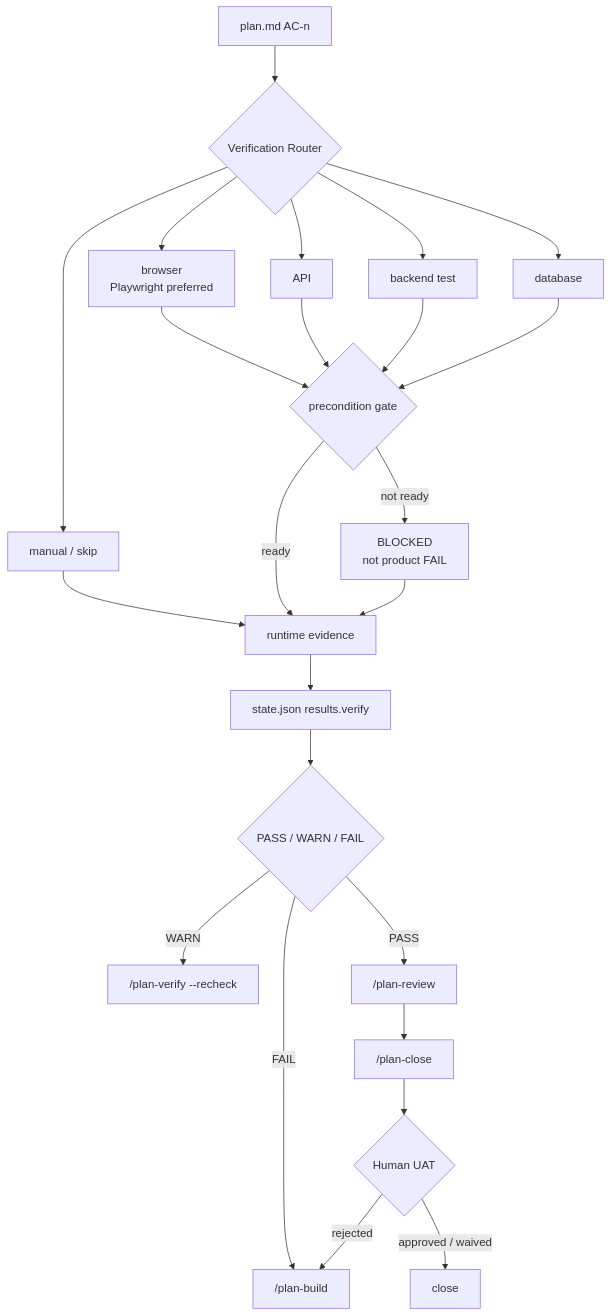
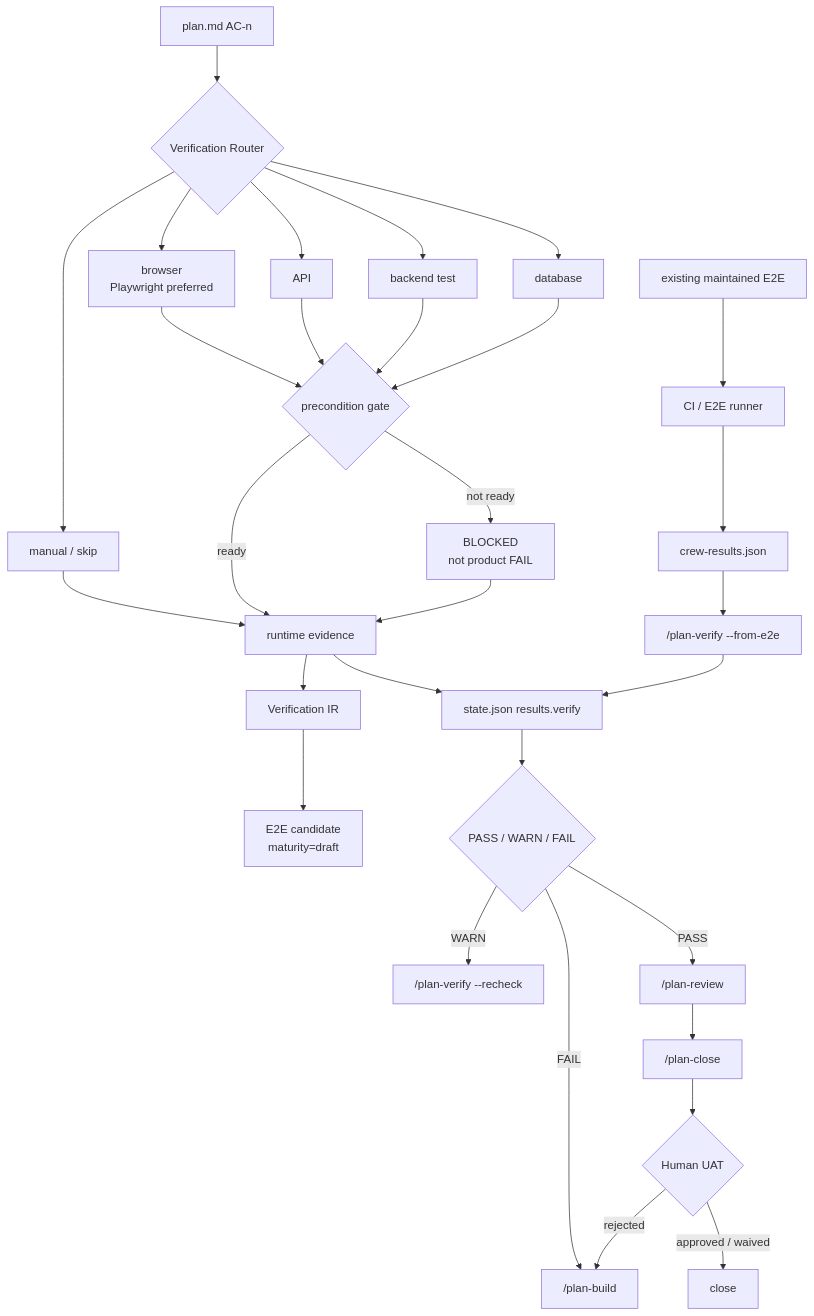
The fifth of 5 diagrams in plugins/feature-workflow/README.md (mark22013333/crew), drawn with Mermaid before and after one commit. The commit also changed other lines of this file, not shown here.

Commit message:
docs(plan-verify): document portable E2E draft and result loop

````diff
--- a/plugins/feature-workflow/README.md
+++ b/plugins/feature-workflow/README.md
@@ -309,26 +309,34 @@
 ```mermaid
 flowchart TD
     AC["plan.md AC-n"] --> Router{"Verification Router"}
     Router --> Browser["browser<br/>Playwright preferred"]
     Router --> API["API"]
     Router --> Backend["backend test"]
     Router --> DB["database"]
     Router --> Manual["manual / skip"]
     Browser --> Pre{"precondition gate"}
     API --> Pre
     Backend --> Pre
     DB --> Pre
     Manual --> Evidence["runtime evidence"]
     Pre -- "ready" --> Evidence
     Pre -- "not ready" --> Blocked["BLOCKED<br/>not product FAIL"]
     Blocked --> Evidence
     Evidence --> Result["state.json results.verify"]
+    Evidence --> IR["Verification IR"]
+    IR --> Draft["E2E candidate<br/>maturity=draft"]
+
+    Existing["existing maintained E2E"] --> CI["CI / E2E runner"]
+    CI --> Artifact["crew-results.json"]
+    Artifact --> Import["/plan-verify --from-e2e"]
+    Import --> Result
+
     Result --> Status{"PASS / WARN / FAIL"}
     Status -- "FAIL" --> Build["/plan-build"]
     Status -- "WARN" --> Recheck["/plan-verify --recheck"]
     Status -- "PASS" --> Review["/plan-review"]
     Review --> Close["/plan-close"]
     Close --> UAT{"Human UAT"}
     UAT -- "rejected" --> Build
     UAT -- "approved / waived" --> Done["close"]
 ```
````
